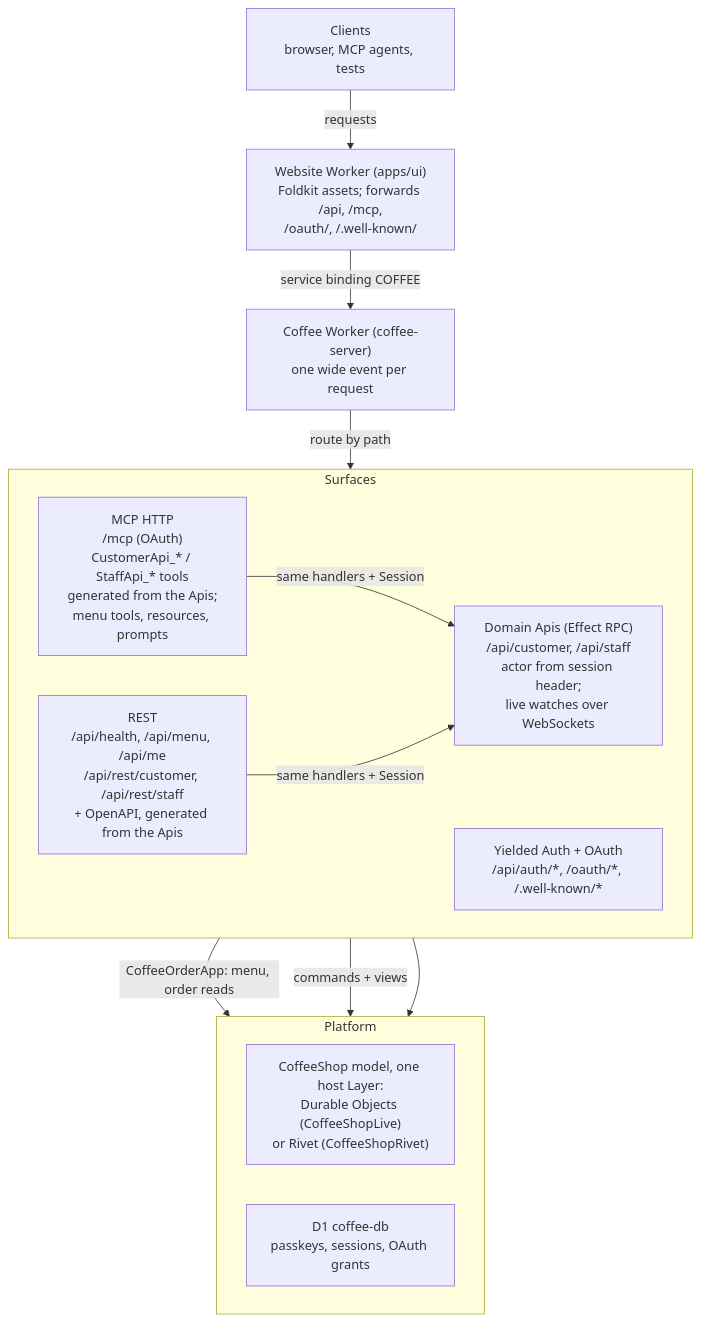
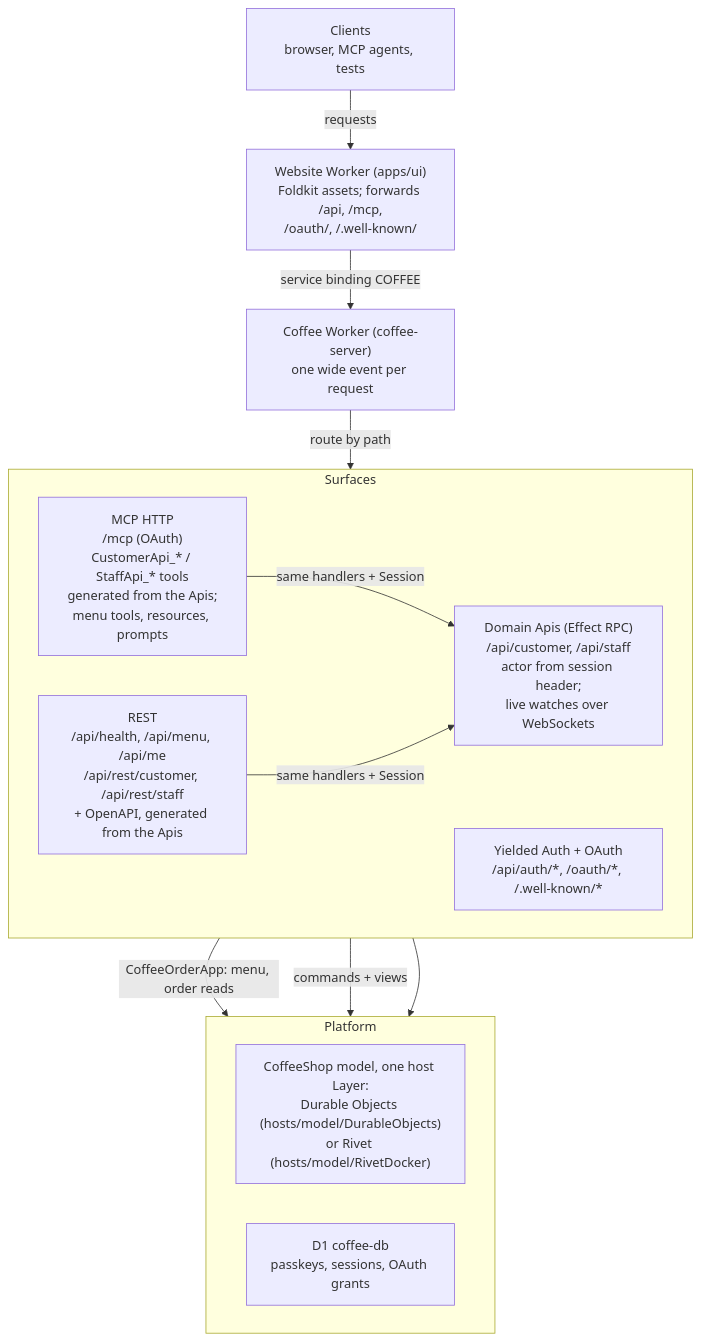
The diagram in docs/architecture/backend-runtime-surfaces.mmd (kevinmichaelchen/effect-coffee-shop), drawn with Mermaid before and after one commit. The commit also changed 37 other files, not shown here.

```diff
--- a/docs/architecture/backend-runtime-surfaces.mmd
+++ b/docs/architecture/backend-runtime-surfaces.mmd
@@ -1,24 +1,24 @@
 flowchart TB
   Clients["Clients<br/>browser, MCP agents, tests"]
   Website["Website Worker (apps/ui)<br/>Foldkit assets; forwards /api, /mcp,<br/>/oauth/, /.well-known/"]
   Coffee["Coffee Worker (coffee-server)<br/>one wide event per request"]
   subgraph Surfaces["Surfaces"]
     direction LR
     Mcp["MCP HTTP<br/>/mcp (OAuth)<br/>CustomerApi_* / StaffApi_* tools<br/>generated from the Apis;<br/>menu tools, resources, prompts"]
     Rest["REST<br/>/api/health, /api/menu, /api/me<br/>/api/rest/customer, /api/rest/staff<br/>+ OpenAPI, generated from the Apis"]
     Apis["Domain Apis (Effect RPC)<br/>/api/customer, /api/staff<br/>actor from session header;<br/>live watches over WebSockets"]
     Auth["Yielded Auth + OAuth<br/>/api/auth/*, /oauth/*, /.well-known/*"]
   end
   subgraph Platform["Platform"]
     direction LR
-    Model["CoffeeShop model, one host Layer:<br/>Durable Objects (CoffeeShopLive)<br/>or Rivet (CoffeeShopRivet)"]
+    Model["CoffeeShop model, one host Layer:<br/>Durable Objects (hosts/model/DurableObjects)<br/>or Rivet (hosts/model/RivetDocker)"]
     D1["D1 coffee-db<br/>passkeys, sessions, OAuth grants"]
   end
   Clients -->|requests| Website
   Website -->|service binding COFFEE| Coffee
   Coffee -->|route by path| Surfaces
   Mcp -->|same handlers + Session| Apis
   Rest -->|same handlers + Session| Apis
   Mcp -->|CoffeeOrderApp: menu, order reads| Model
   Apis -->|commands + views| Model
   Auth --> D1
```
